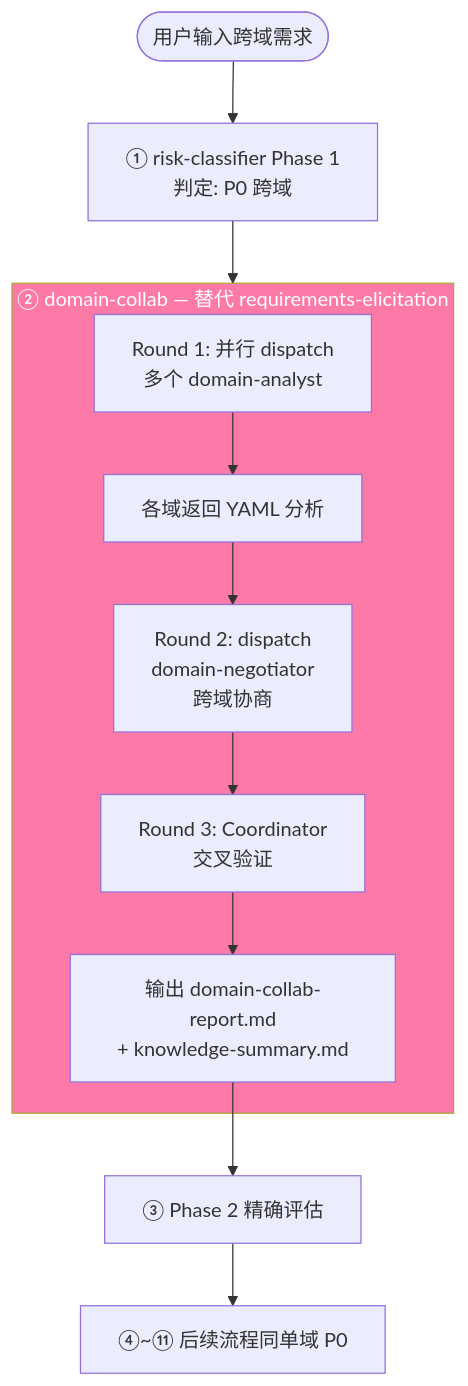
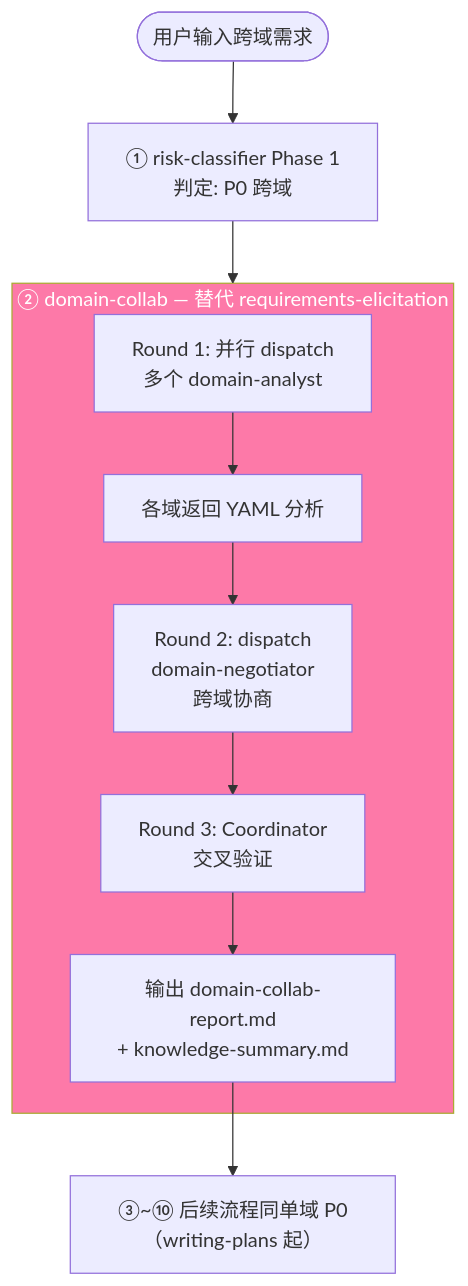
The third of 9 diagrams in docs/workflow-execution-flow.md (Aimeerrhythm/enterprise-change-workflow), drawn with Mermaid before and after one commit. The commit also changed other lines of this file and 13 other files, not shown here.

````diff
--- a/docs/workflow-execution-flow.md
+++ b/docs/workflow-execution-flow.md
@@ -211,17 +184,16 @@
 ```mermaid
 flowchart TD
     START([用户输入跨域需求]) --> PHASE1[① risk-classifier Phase 1<br/>判定: P0 跨域]
     PHASE1 --> DC
 
     subgraph DC [② domain-collab — 替代 requirements-elicitation]
         DC1[Round 1: 并行 dispatch<br/>多个 domain-analyst] --> DC2[各域返回 YAML 分析]
         DC2 --> DC3[Round 2: dispatch<br/>domain-negotiator<br/>跨域协商]
         DC3 --> DC4[Round 3: Coordinator<br/>交叉验证]
         DC4 --> DC5[输出 domain-collab-report.md<br/>+ knowledge-summary.md]
     end
 
-    DC5 --> PHASE2[③ Phase 2 精确评估]
-    PHASE2 --> NEXT[④~⑪ 后续流程同单域 P0]
+    DC5 --> NEXT[③~⑩ 后续流程同单域 P0（writing-plans 起）]
 
     style DC fill:#fd79a8,color:#fff
 ```
````
